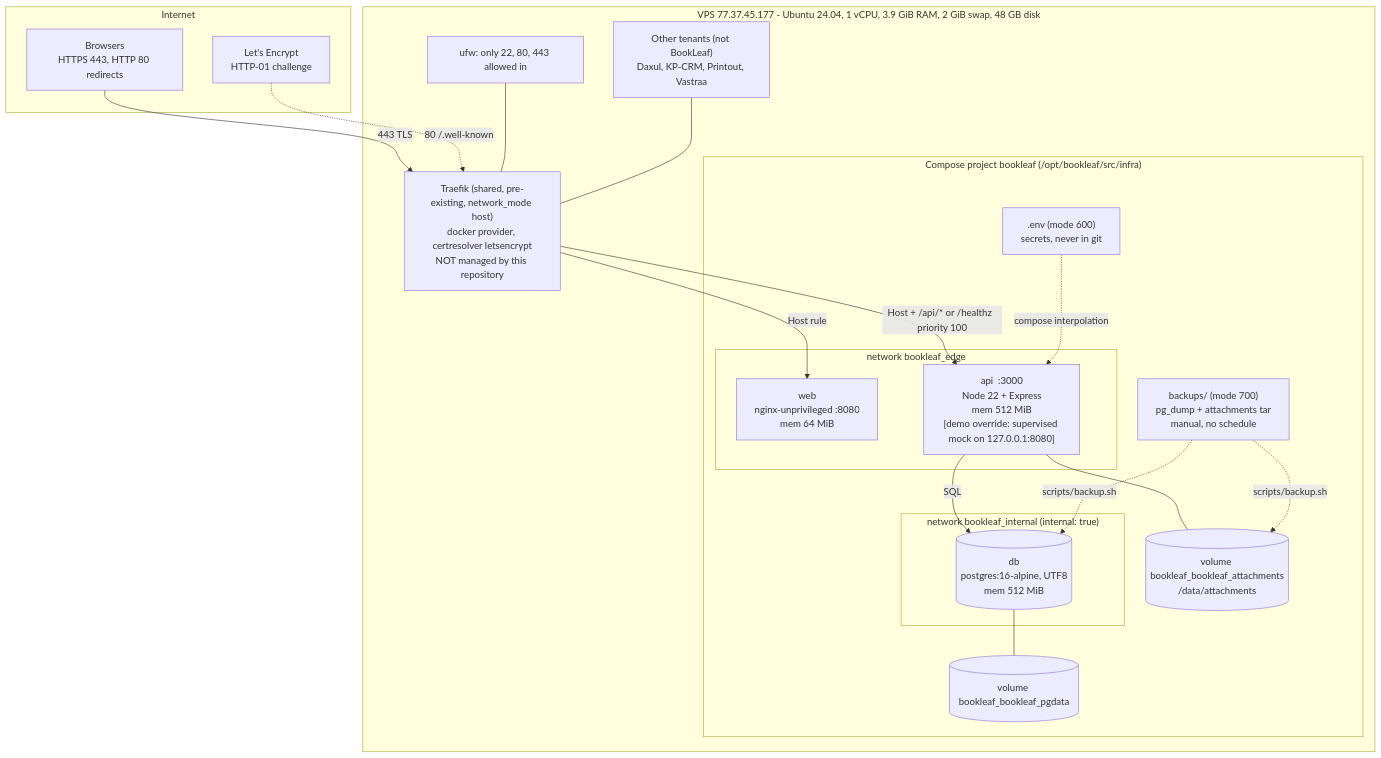
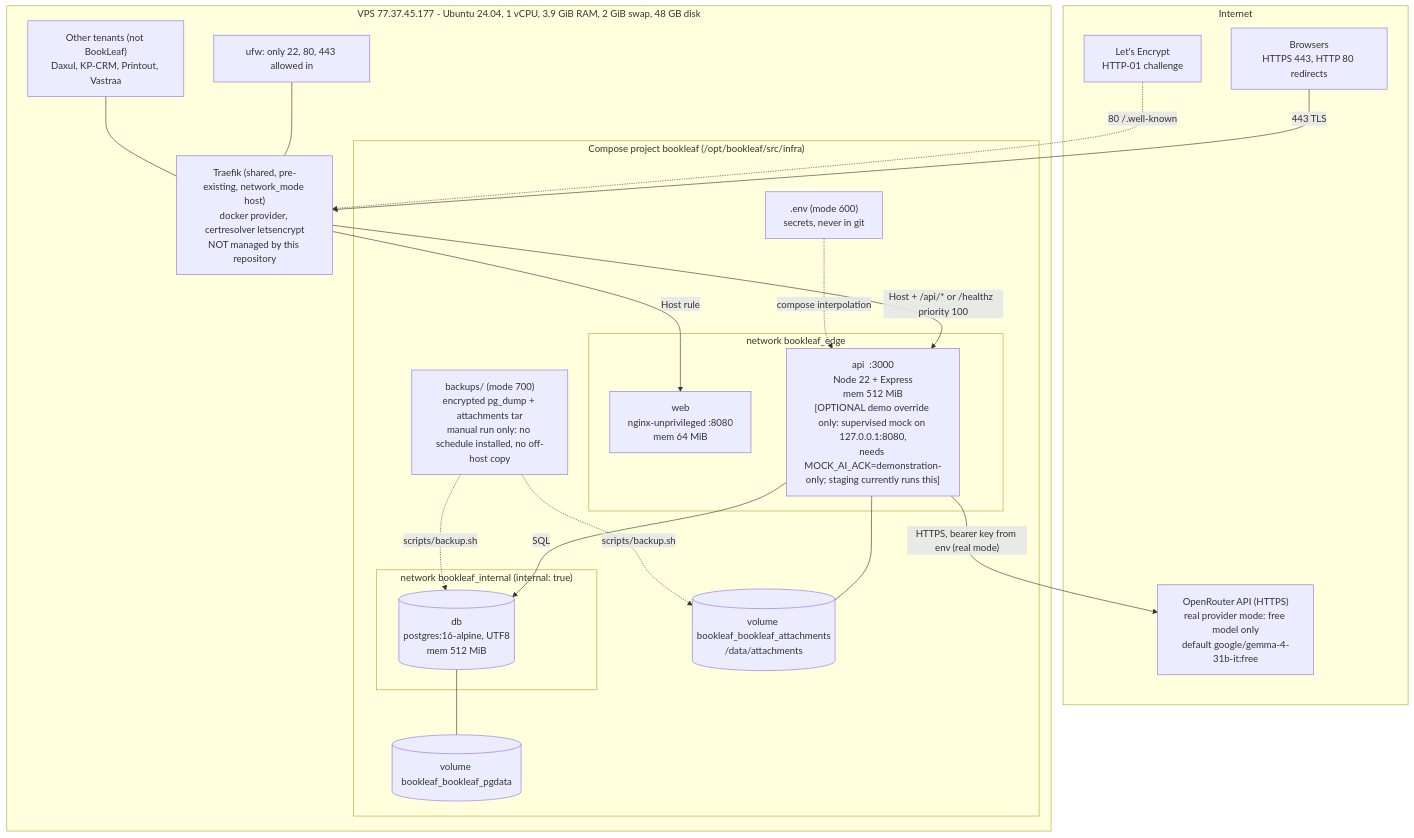
The diagram in docs/architecture/diagrams/deployment-architecture.mmd (singhdaksh7/book-leaf__assignment-1), drawn with Mermaid before and after one commit. The commit also changed 49 other files, not shown here.

First line of the commit message:
docs: release state, real-provider evidence, operations runbooks, diagrams 13, submission package

```diff
--- a/docs/architecture/diagrams/deployment-architecture.mmd
+++ b/docs/architecture/diagrams/deployment-architecture.mmd
@@ -1,39 +1,41 @@
 %% file: deployment-architecture.mmd
 flowchart TB
     subgraph NET["Internet"]
         BR["Browsers<br/>HTTPS 443, HTTP 80 redirects"]
         LE["Let's Encrypt<br/>HTTP-01 challenge"]
+        ORP["OpenRouter API (HTTPS)<br/>real provider mode: free model only<br/>default google/gemma-4-31b-it:free"]
     end
 
     subgraph VPS["VPS 77.37.45.177 - Ubuntu 24.04, 1 vCPU, 3.9 GiB RAM, 2 GiB swap, 48 GB disk"]
         UFW["ufw: only 22, 80, 443 allowed in"]
         TR["Traefik (shared, pre-existing, network_mode host)<br/>docker provider, certresolver letsencrypt<br/>NOT managed by this repository"]
         OTHER["Other tenants (not BookLeaf)<br/>Daxul, KP-CRM, Printout, Vastraa"]
 
         subgraph PROJ["Compose project bookleaf  (/opt/bookleaf/src/infra)"]
             subgraph EDGE["network bookleaf_edge"]
                 WEB["web<br/>nginx-unprivileged :8080<br/>mem 64 MiB"]
-                API["api  :3000<br/>Node 22 + Express<br/>mem 512 MiB<br/>[demo override: supervised mock on 127.0.0.1:8080]"]
+                API["api  :3000<br/>Node 22 + Express<br/>mem 512 MiB<br/>[OPTIONAL demo override only: supervised mock on 127.0.0.1:8080,<br/>needs MOCK_AI_ACK=demonstration-only; staging currently runs this]"]
             end
             subgraph INT["network bookleaf_internal (internal: true)"]
                 DB[("db<br/>postgres:16-alpine, UTF8<br/>mem 512 MiB")]
             end
             VPG[("volume bookleaf_bookleaf_pgdata")]
             VAT[("volume bookleaf_bookleaf_attachments<br/>/data/attachments")]
             ENV[".env (mode 600)<br/>secrets, never in git"]
-            BK["backups/ (mode 700)<br/>pg_dump + attachments tar<br/>manual, no schedule"]
+            BK["backups/ (mode 700)<br/>encrypted pg_dump + attachments tar<br/>manual run only: no schedule installed, no off-host copy"]
         end
     end
 
     BR -- "443 TLS" --> TR
     LE -. "80 /.well-known" .-> TR
     TR -- "Host rule" --> WEB
     TR -- "Host + /api/* or /healthz  priority 100" --> API
     API -- "SQL" --> DB
+    API -- "HTTPS, bearer key from env (real mode)" --> ORP
     DB --- VPG
     API --- VAT
     ENV -. "compose interpolation" .-> API
     BK -. "scripts/backup.sh" .-> DB
     BK -. "scripts/backup.sh" .-> VAT
     UFW --- TR
     OTHER --- TR
```
